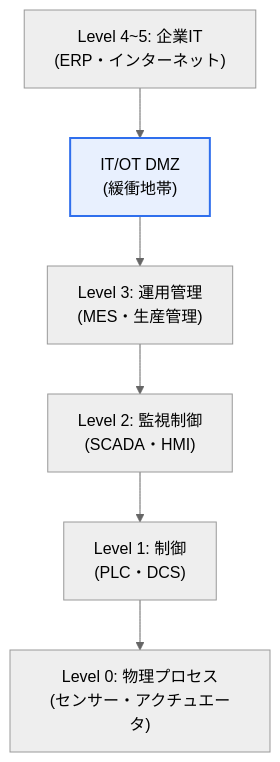
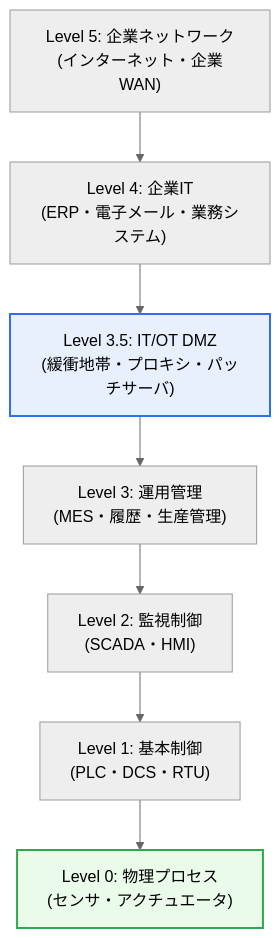
The first of 2 diagrams in content/ja/purdue-model.md (coninggu/wjdqhrhksflrltnftk), drawn with Mermaid (neutral theme) before and after one commit. The commit also changed other lines of this file and 37 other files, not shown here.

````diff
--- a/content/ja/purdue-model.md
+++ b/content/ja/purdue-model.md
@@ -15,9 +19,11 @@
 ```mermaid
 flowchart TB
-  L5["Level 4~5: 企業IT<br/>(ERP・インターネット)"] --> DMZ["IT/OT DMZ<br/>(緩衝地帯)"]
-  DMZ --> L3["Level 3: 運用管理<br/>(MES・生産管理)"]
+  L5["Level 5: 企業ネットワーク<br/>(インターネット・企業WAN)"] --> L4["Level 4: 企業IT<br/>(ERP・電子メール・業務システム)"]
+  L4 --> DMZ["Level 3.5: IT/OT DMZ<br/>(緩衝地帯・プロキシ・パッチサーバ)"]
+  DMZ --> L3["Level 3: 運用管理<br/>(MES・履歴・生産管理)"]
   L3 --> L2["Level 2: 監視制御<br/>(SCADA・HMI)"]
-  L2 --> L1["Level 1: 制御<br/>(PLC・DCS)"]
-  L1 --> L0["Level 0: 物理プロセス<br/>(センサー・アクチュエータ)"]
+  L2 --> L1["Level 1: 基本制御<br/>(PLC・DCS・RTU)"]
+  L1 --> L0["Level 0: 物理プロセス<br/>(センサ・アクチュエータ)"]
   style DMZ fill:#e8f0fe,stroke:#2f6fed,stroke-width:2px
+  style L0 fill:#eafbea,stroke:#2fa84f,stroke-width:2px
 ```
````
